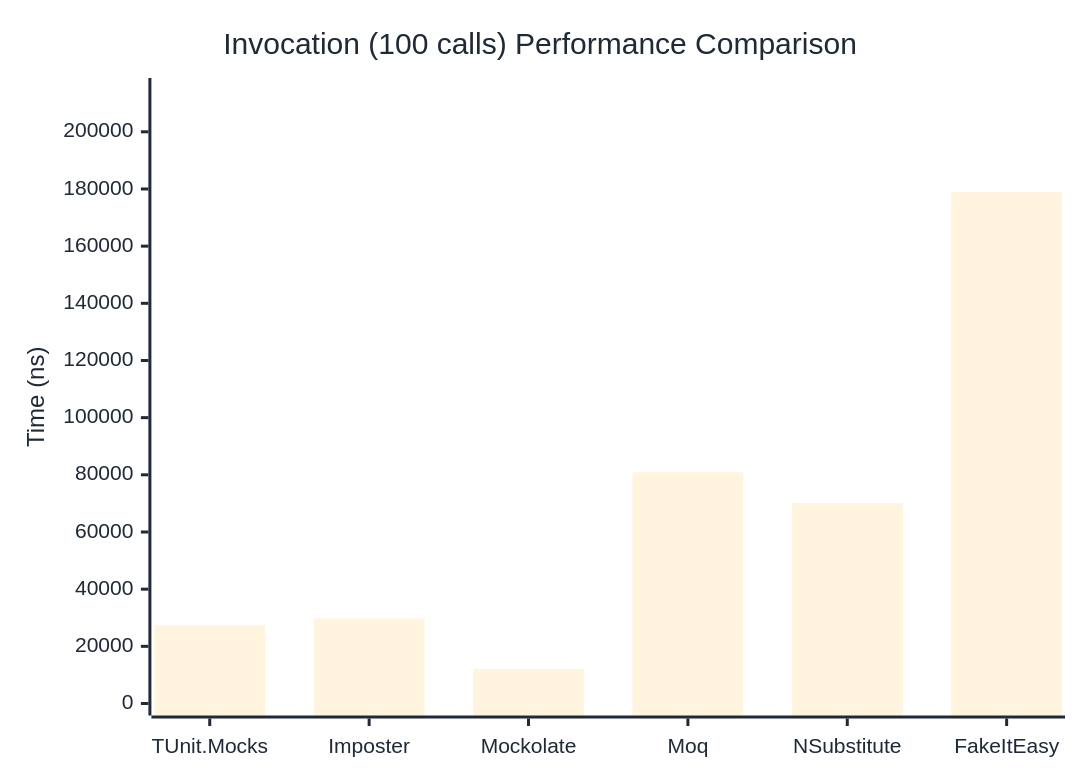
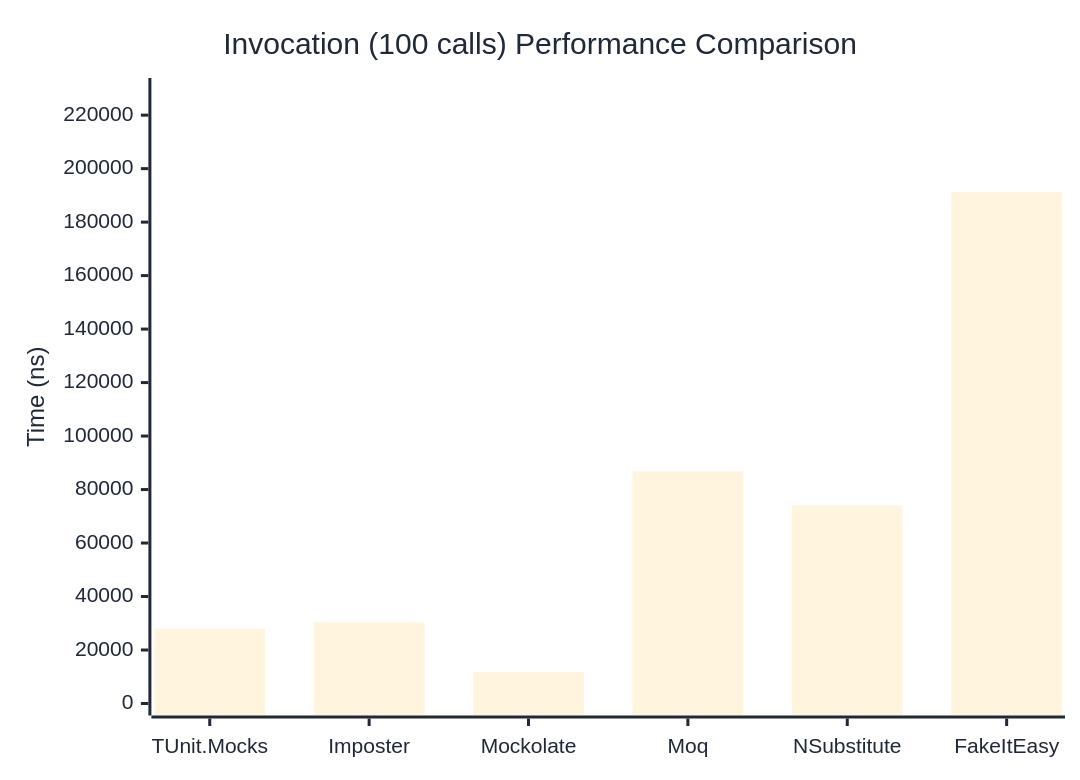
Before and after one commit to thomhurst/TUnit: the third of 3 diagrams in docs/docs/benchmarks/mocks/Invocation.md, drawn with Mermaid. The commit also changed other lines of this file and 14 other files, not shown here.

````diff
--- a/docs/docs/benchmarks/mocks/Invocation.md
+++ b/docs/docs/benchmarks/mocks/Invocation.md
@@ -112,27 +112,27 @@
 ```mermaid
 %%{init: {
   'theme':'base',
   'themeVariables': {
     'primaryColor': '#2563eb',
     'primaryTextColor': '#1f2937',
     'primaryBorderColor': '#1e40af',
     'lineColor': '#6b7280',
     'secondaryColor': '#7c3aed',
     'tertiaryColor': '#dc2626',
     'background': '#ffffff',
     'pie1': '#2563eb',
     'pie2': '#7c3aed',
     'pie3': '#dc2626',
     'pie4': '#f59e0b',
     'pie5': '#10b981',
     'pie6': '#06b6d4',
     'pie7': '#ec4899',
     'pie8': '#6366f1'
   }
 }}%%
 xychart-beta
   title "Invocation (100 calls) Performance Comparison"
   x-axis ["TUnit.Mocks", "Imposter", "Mockolate", "Moq", "NSubstitute", "FakeItEasy"]
-  y-axis "Time (ns)" 0 --> 214624
-  bar [27380.54, 29751.31, 12090.37, 80856.5, 70181.92, 178852.86]
+  y-axis "Time (ns)" 0 --> 229402
+  bar [28012.03, 30301.44, 11845.57, 86814.61, 74072.23, 191167.94]
 ```
````
